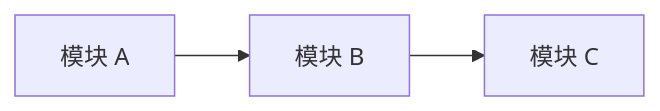
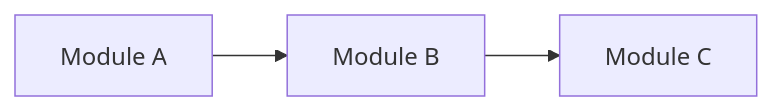
Before and after one commit to Deliay/zero-ash-cookbook: the second of 3 diagrams in reference/dev/dev-proposal-template.md, drawn with Mermaid. The commit also changed other lines of this file and 20 other files, not shown here.

````diff
--- a/reference/dev/dev-proposal-template.md
+++ b/reference/dev/dev-proposal-template.md
@@ -48,5 +48,5 @@
 ```mermaid
 graph LR
-    A[模块 A] --> B[模块 B]
-    B --> C[模块 C]
+    A[Module A] --> B[Module B]
+    B --> C[Module C]
 ```
````
